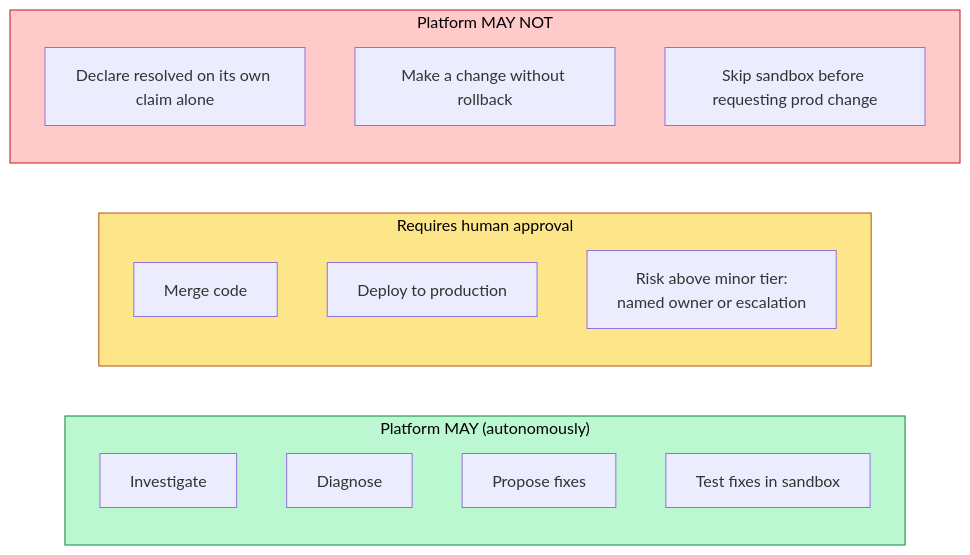
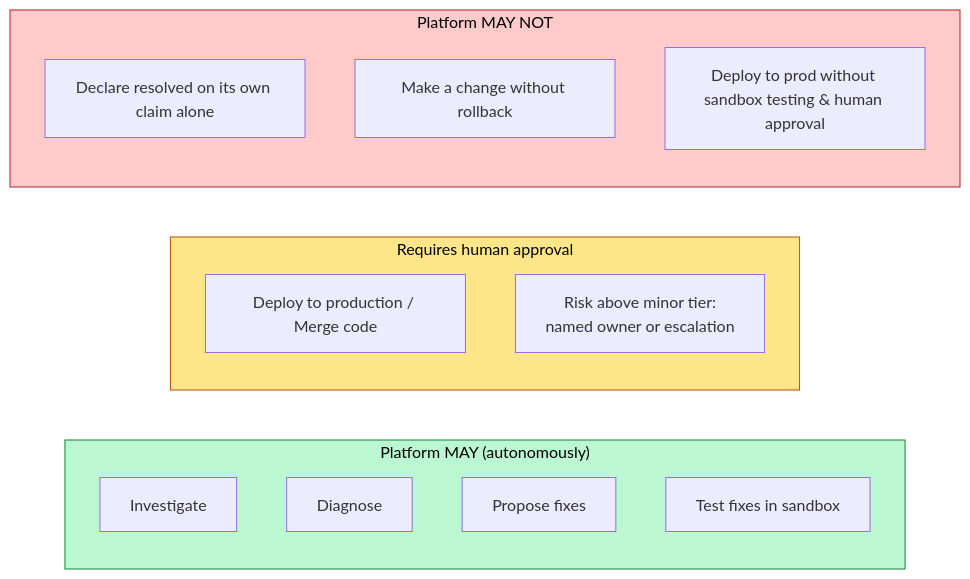
One commit to DiwasDev/AI-SRE changed diagram 13 of 17 in artifacts/product_requirement.md. Above: the diagram before and after it, drawn with Mermaid. The commit also changed other lines of this file and 1 other file, not shown here.

Commit message:
Update approval flow to single-gate and support multi-provider LLM fallback

````diff
--- a/artifacts/product_requirement.md
+++ b/artifacts/product_requirement.md
@@ -339,22 +335,21 @@
 ```mermaid
 flowchart LR
     subgraph MAY["Platform MAY (autonomously)"]
         M1["Investigate"]
         M2["Diagnose"]
         M3["Propose fixes"]
         M4["Test fixes in sandbox"]
     end
     subgraph NEEDS["Requires human approval"]
-        N1["Merge code"]
-        N2["Deploy to production"]
-        N3["Risk above minor tier:<br/>named owner or escalation"]
+        N1["Deploy to production / Merge code"]
+        N2["Risk above minor tier:<br/>named owner or escalation"]
     end
     subgraph NEVER["Platform MAY NOT"]
         X1["Declare resolved on its own claim alone"]
         X2["Make a change without rollback"]
-        X3["Skip sandbox before requesting prod change"]
+        X3["Deploy to prod without sandbox testing & human approval"]
     end
     style MAY fill:#bbf7d0,stroke:#15803d,color:#000
     style NEEDS fill:#fde68a,stroke:#b45309,color:#000
     style NEVER fill:#fecaca,stroke:#b91c1c,color:#000
 ```
````
